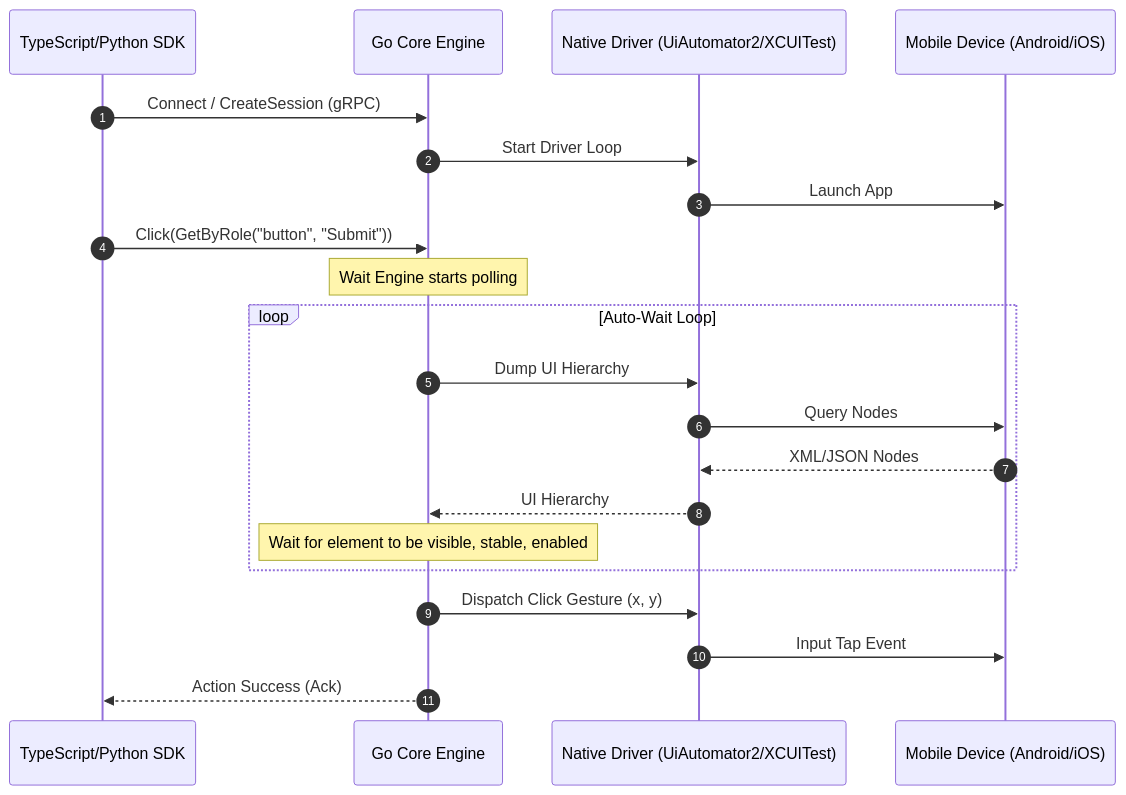
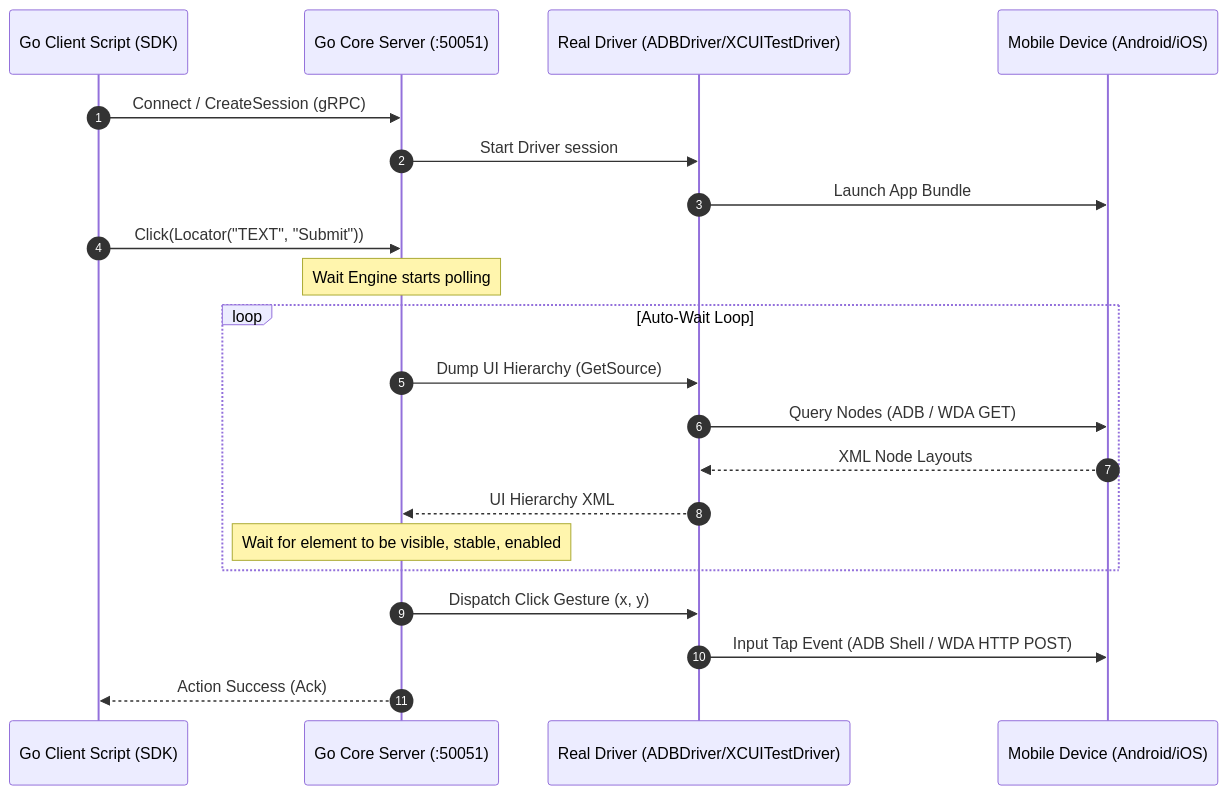
The diagram in README.md (ranjith035/morego), drawn with Mermaid before and after one commit. The commit also changed other lines of this file, not shown here.

````diff
--- a/README.md
+++ b/README.md
@@ -24,24 +27,24 @@
 ```mermaid
 sequenceDiagram
     autonumber
-    participant SDK as TypeScript/Python SDK
-    participant Core as Go Core Engine
-    participant Driver as Native Driver (UiAutomator2/XCUITest)
+    participant SDK as Go Client Script (SDK)
+    participant Core as Go Core Server (:50051)
+    participant Driver as Real Driver (ADBDriver/XCUITestDriver)
     participant Device as Mobile Device (Android/iOS)
 
     SDK->>Core: Connect / CreateSession (gRPC)
-    Core->>Driver: Start Driver Loop
-    Driver->>Device: Launch App
-    SDK->>Core: Click(GetByRole("button", "Submit"))
+    Core->>Driver: Start Driver session
+    Driver->>Device: Launch App Bundle
+    SDK->>Core: Click(Locator("TEXT", "Submit"))
     Note over Core: Wait Engine starts polling
     loop Auto-Wait Loop
-        Core->>Driver: Dump UI Hierarchy
-        Driver->>Device: Query Nodes
-        Device-->>Driver: XML/JSON Nodes
-        Driver-->>Core: UI Hierarchy
+        Core->>Driver: Dump UI Hierarchy (GetSource)
+        Driver->>Device: Query Nodes (ADB / WDA GET)
+        Device-->>Driver: XML Node Layouts
+        Driver-->>Core: UI Hierarchy XML
         Note over Core: Wait for element to be visible, stable, enabled
     end
     Core->>Driver: Dispatch Click Gesture (x, y)
-    Driver->>Device: Input Tap Event
+    Driver->>Device: Input Tap Event (ADB Shell / WDA HTTP POST)
     Core-->>SDK: Action Success (Ack)
 ```
````
